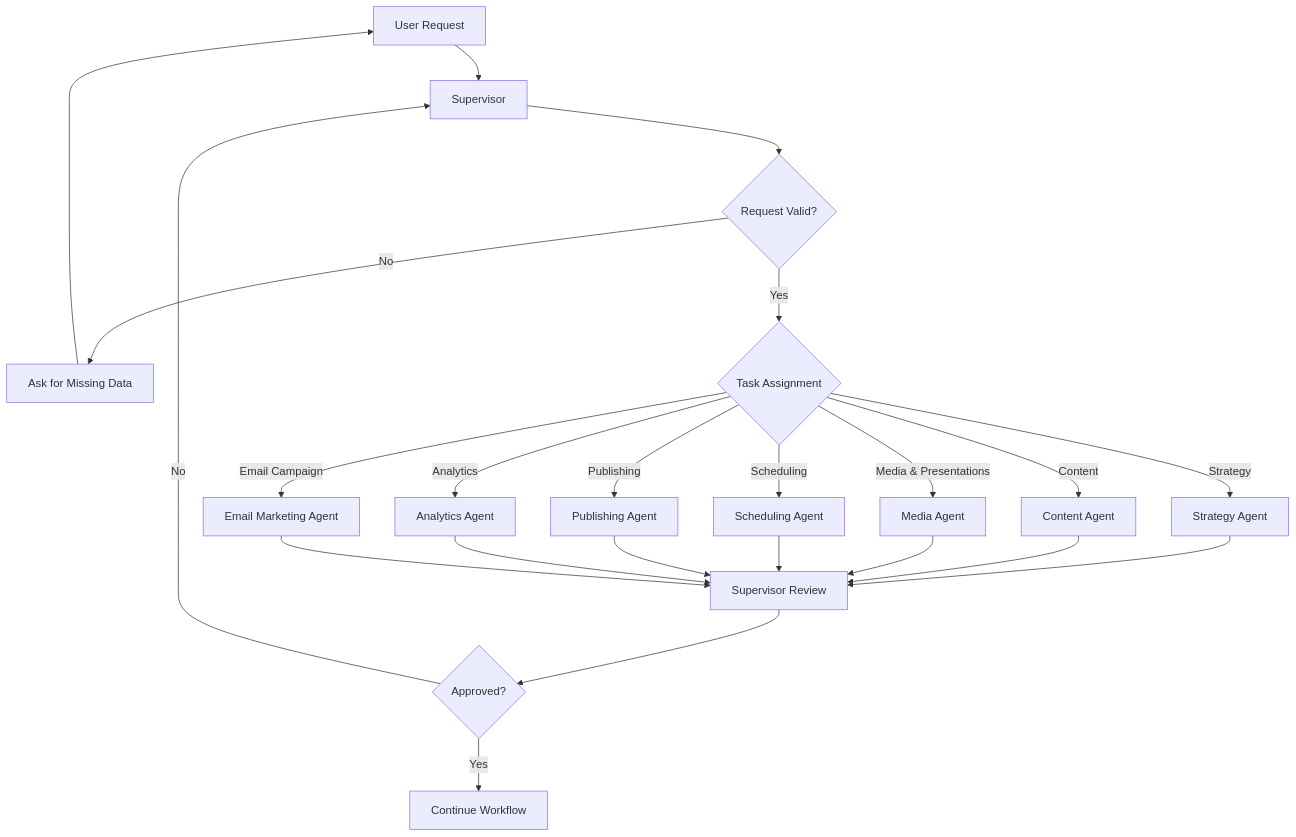
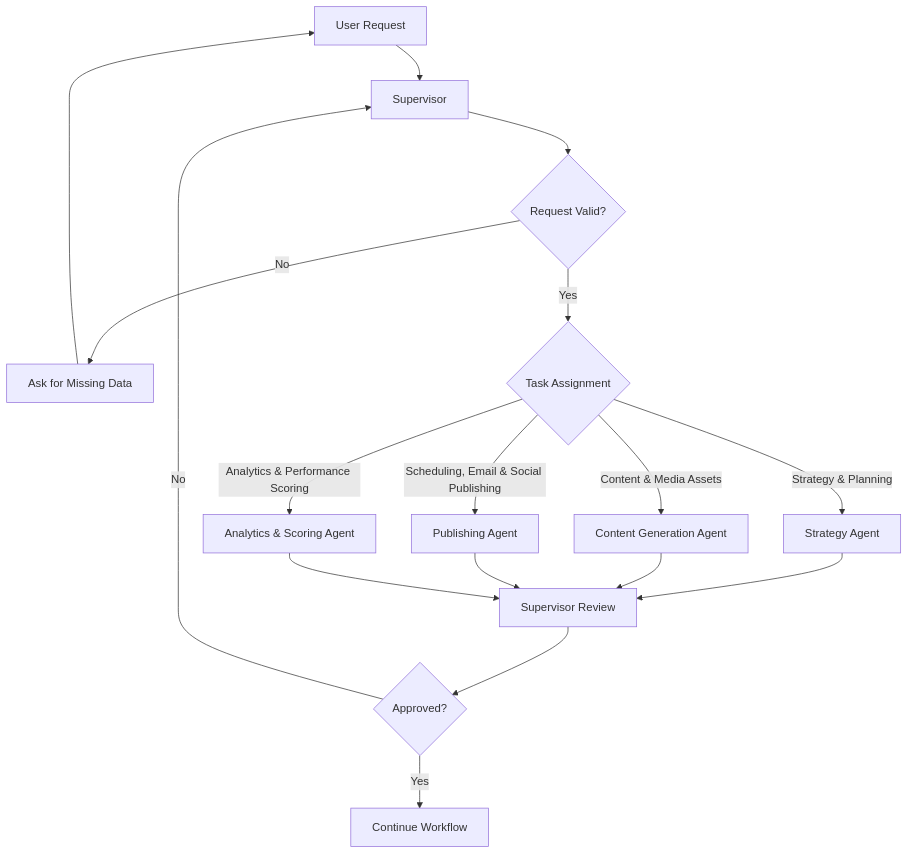
Before and after one commit to mariembel21/nova-ai-marketing-agent: the third of 8 diagrams in README.md, drawn with Mermaid. The commit also changed other lines of this file, not shown here.

Commit message:
Refactor agent roles in orchestration flow

````diff
--- a/README.md
+++ b/README.md
@@ -72,30 +66,24 @@
 ```mermaid
 flowchart TD
   A[User Request] --> B[Supervisor]
   B --> C{Request Valid?}
 
   C -->|No| D[Ask for Missing Data]
   D --> A
 
   C -->|Yes| E{Task Assignment}
 
-  E -->|Strategy| F[Strategy Agent]
-  E -->|Content| G[Content Agent]
-  E -->|Media & Presentations| H[Media Agent]
-  E -->|Scheduling| I[Scheduling Agent]
-  E -->|Publishing| J[Publishing Agent]
-  E -->|Analytics| K[Analytics Agent]
-  E -->|Email Campaign| L[Email Marketing Agent]
+  E -->|Strategy & Planning| F[Strategy Agent]
+  E -->|Content & Media Assets| G[Content Generation Agent]
+  E -->|Scheduling, Email & Social Publishing| H[Publishing Agent]
+  E -->|Analytics & Performance Scoring| I[Analytics & Scoring Agent]
 
   F --> M[Supervisor Review]
   G --> M
   H --> M
   I --> M
-  J --> M
-  K --> M
-  L --> M
 
   M --> N{Approved?}
   N -->|No| B
   N -->|Yes| O[Continue Workflow]
 ```
````
